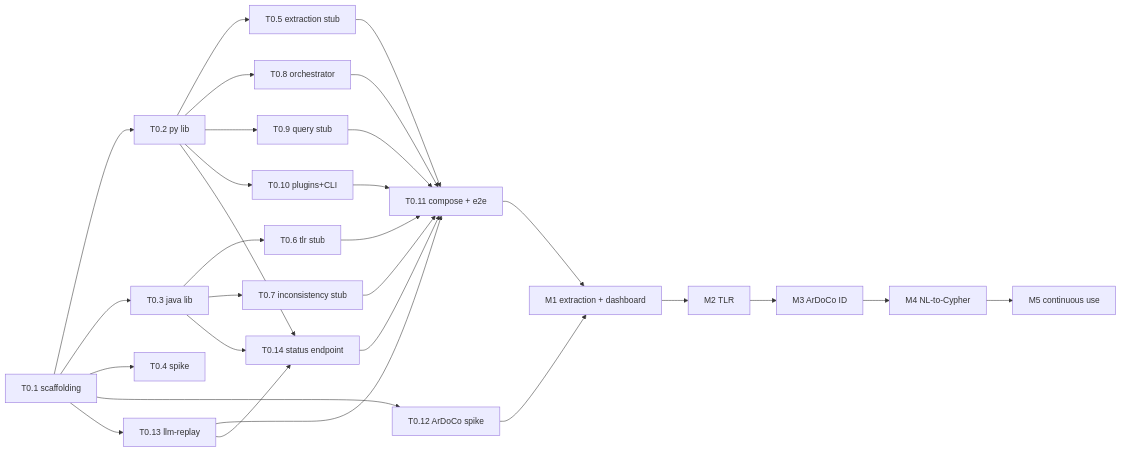
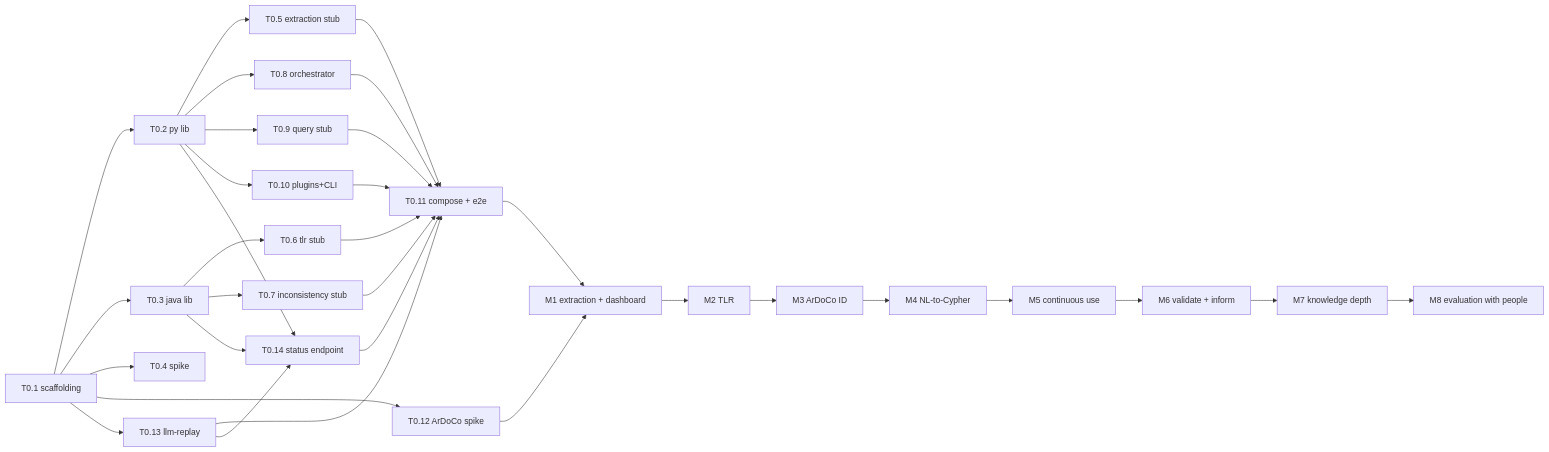
One commit to ardoco/sandman changed the diagram in docs/stage-3-implementation-plan.md. Above: the diagram before and after it, drawn with Mermaid. The commit also changed other lines of this file, not shown here.

````diff
--- a/docs/stage-3-implementation-plan.md
+++ b/docs/stage-3-implementation-plan.md
@@ -100,11 +117,12 @@
 ```mermaid
 flowchart LR
   T01[T0.1 scaffolding] --> T02[T0.2 py lib] & T03[T0.3 java lib] & T04[T0.4 spike] & T012[T0.12 ArDoCo spike] & T013[T0.13 llm-replay]
   T02 --> T05[T0.5 extraction stub] & T08[T0.8 orchestrator] & T09[T0.9 query stub] & T010[T0.10 plugins+CLI]
   T03 --> T06[T0.6 tlr stub] & T07[T0.7 inconsistency stub]
   T05 & T06 & T07 & T08 & T09 & T010 & T013 --> T011[T0.11 compose + e2e]
   T011 --> M1[M1 extraction + dashboard]
   T02 & T03 & T013 --> T014[T0.14 status endpoint] --> T011
   T012 --> M1
   M1 --> M2[M2 TLR] --> M3[M3 ArDoCo ID] --> M4[M4 NL-to-Cypher] --> M5[M5 continuous use]
+  M5 --> M6[M6 validate + inform] --> M7[M7 knowledge depth] --> M8[M8 evaluation with people]
 ```
````
